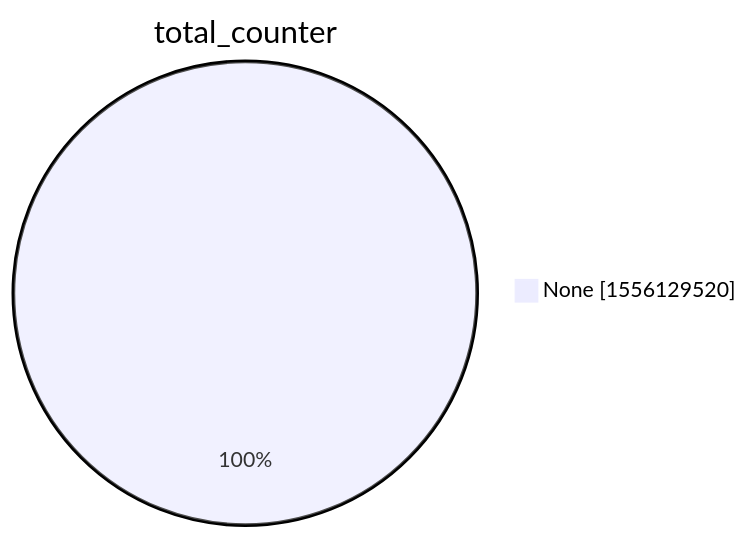
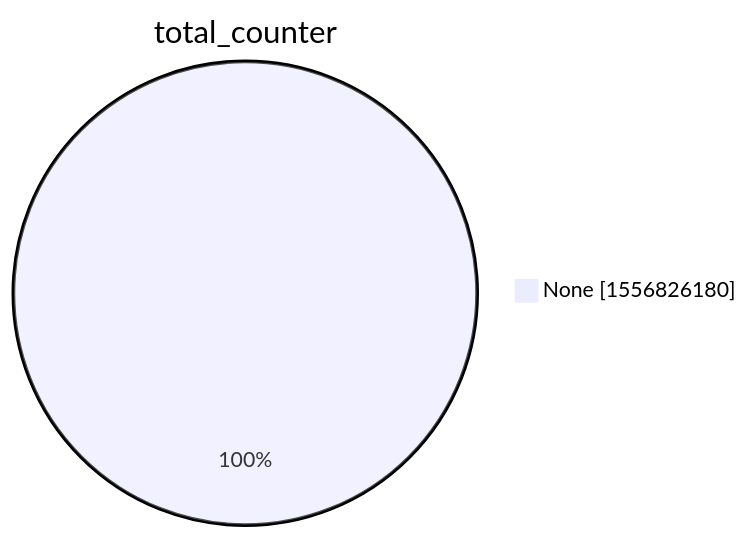
One commit to christiankrug/ctmonitor_visualization changed the second of 15 diagrams in xenon2022/README.md. Above: the diagram before and after it, drawn with Mermaid. The commit also changed other lines of this file, not shown here.

````diff
--- a/xenon2022/README.md
+++ b/xenon2022/README.md
@@ -9,5 +9,5 @@
 ```mermaid
 pie showData
 title total_counter
-"None" :1556129520
+"None" :1556826180
 ```
````
